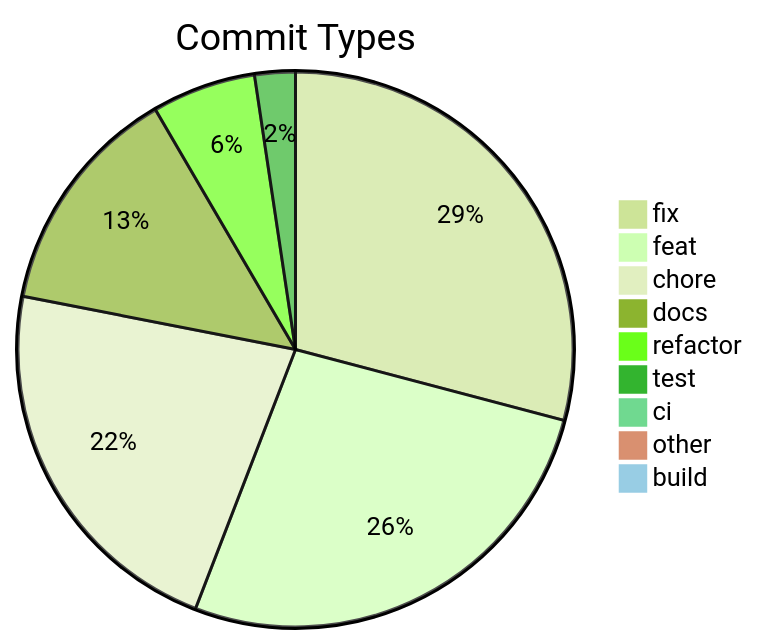
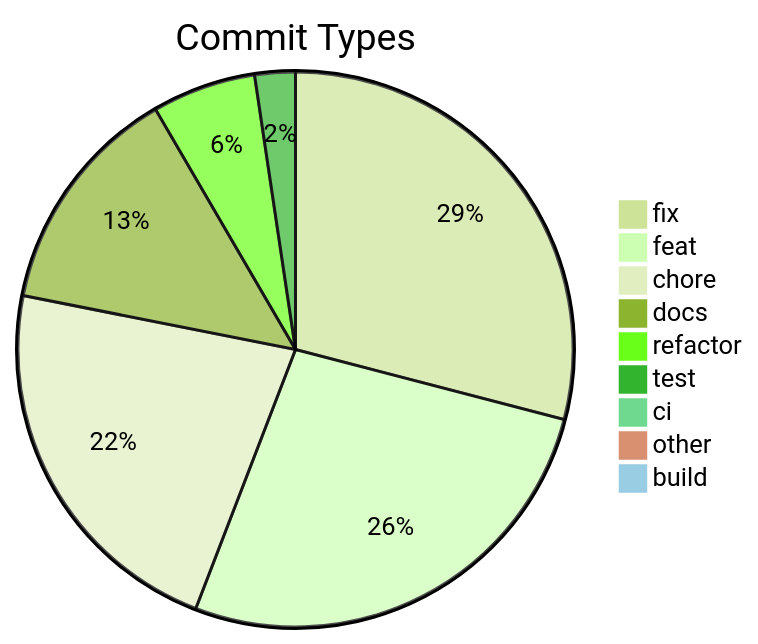
Before and after one commit to svenroth-ai/shipwright: the diagram in .shipwright/compliance/change-history.md, drawn with Mermaid (forest theme). The commit also changed other lines of this file and 9 other files, not shown here.

````diff
--- a/.shipwright/compliance/change-history.md
+++ b/.shipwright/compliance/change-history.md
@@ -8,12 +8,12 @@
 ```mermaid
 pie title Commit Types
     "fix" : 308
-    "feat" : 283
-    "chore" : 235
+    "feat" : 284
+    "chore" : 236
     "docs" : 143
     "refactor" : 64
     "test" : 25
     "ci" : 8
     "other" : 7
     "build" : 1
 ```
````
